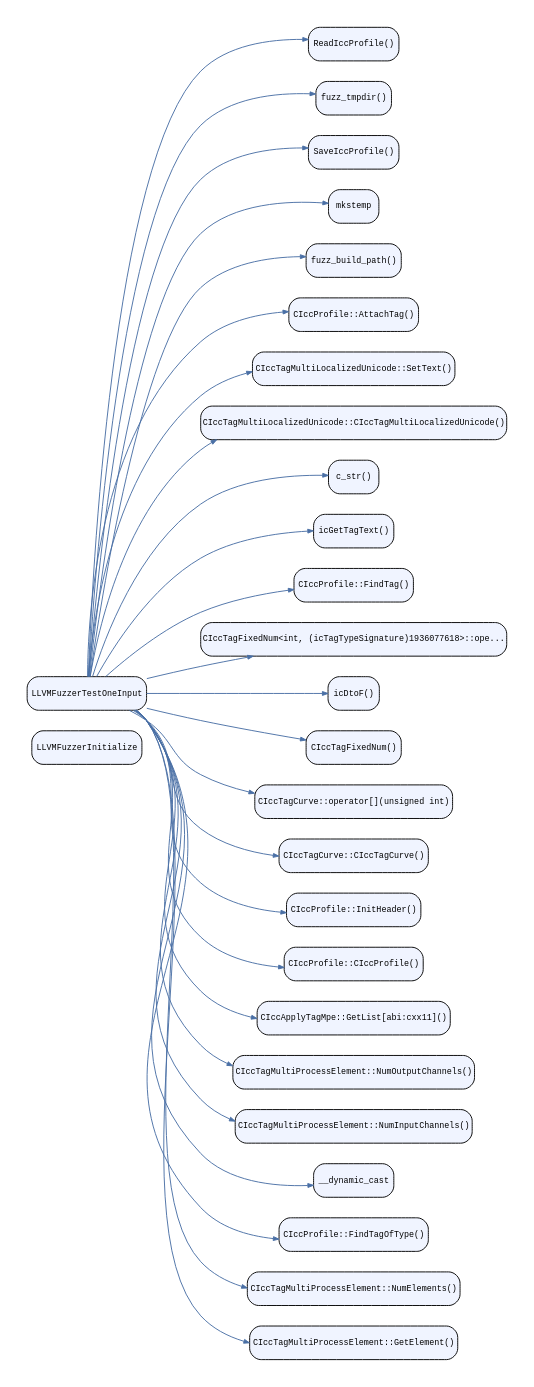
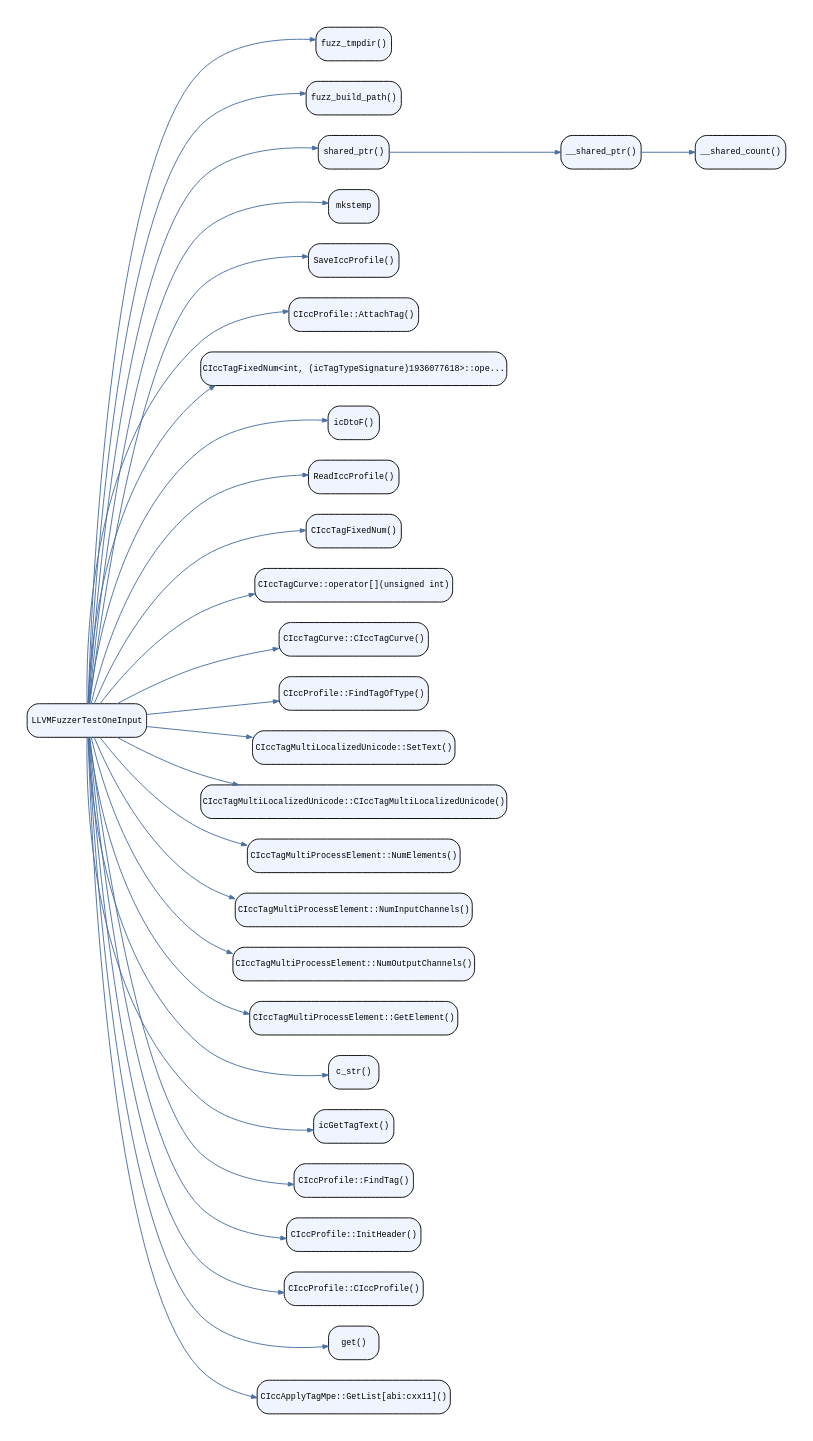
Before and after one commit to xsscx/research: the diagram in call-graph/cfl/icc_v5dspobs_fuzzer-callgraph.dot, drawn with Graphviz. The commit also changed 32 other files, not shown here.

First line of the commit message:
call-graph: regenerate all 32 targets with AST + LLVM IR

```diff
--- a/call-graph/cfl/icc_v5dspobs_fuzzer-callgraph.dot
+++ b/call-graph/cfl/icc_v5dspobs_fuzzer-callgraph.dot
@@ -1,76 +1,82 @@
-digraph "Call graph: /home/h02332/po/research/call-graph/cfl/icc_v5dspobs_fuzzer.ll" {
+digraph "Call graph: /home/xss/research/call-graph/cfl/icc_v5dspobs_fuzzer.ll" {
 	// Clean graph styling — auto-sized for browser viewing
 	graph [
 		rankdir=LR,
 		nodesep=0.3,
 		ranksep=0.8,
 		fontname="Helvetica",
 		fontsize=10,
 		bgcolor="white",
 		pad=0.3
 	];
 	node [
 		shape=box,
 		style="rounded,filled",
 		fillcolor="#f0f4ff",
 		fontname="Courier",
 		fontsize=9,
 		margin="0.08,0.04"
 	];
 	edge [
 		color="#4a6fa5",
 		arrowsize=0.6
 	];
-	Node0x60b2685b9280 [label="LLVMFuzzerInitialize"];
-	Node0x60b2685d4480 [label="LLVMFuzzerTestOneInput"];
-	Node0x60b2685d4480 -> Node0x60b26857e310;
-	Node0x60b2685d4480 -> Node0x60b268742b80;
-	Node0x60b2685d4480 -> Node0x60b2687ceb60;
-	Node0x60b2685d4480 -> Node0x60b2685fd4a0;
-	Node0x60b2685d4480 -> Node0x60b268601900;
-	Node0x60b2685d4480 -> Node0x60b2687cbf20;
-	Node0x60b2685d4480 -> Node0x60b2687cd620;
-	Node0x60b2685d4480 -> Node0x60b2687cc6a0;
-	Node0x60b2685d4480 -> Node0x60b2687cdb20;
-	Node0x60b2685d4480 -> Node0x60b2687ce020;
-	Node0x60b2685d4480 -> Node0x60b2687cc920;
-	Node0x60b2685d4480 -> Node0x60b2687ccba0;
-	Node0x60b2685d4480 -> Node0x60b2687cb2a0;
-	Node0x60b2685d4480 -> Node0x60b2687cb520;
-	Node0x60b2685d4480 -> Node0x60b2687ca8a0;
-	Node0x60b2685d4480 -> Node0x60b2687cab20;
-	Node0x60b2685d4480 -> Node0x60b2687cada0;
-	Node0x60b2685d4480 -> Node0x60b2687c7810;
-	Node0x60b2685d4480 -> Node0x60b2687c7090;
-	Node0x60b2685d4480 -> Node0x60b2687c4a80;
-	Node0x60b2685d4480 -> Node0x60b26857fc90;
-	Node0x60b2685d4480 -> Node0x60b2687c64e0;
-	Node0x60b2685d4480 -> Node0x60b26857f9b0;
-	Node0x60b2685d4480 -> Node0x60b268581c10;
-	Node0x60b2685d4480 -> Node0x60b2687c7750;
-	Node0x60b268601900 [label="fuzz_build_path()"];
-	Node0x60b2685fd4a0 [label="mkstemp"];
-	Node0x60b26857e310 [label="ReadIccProfile()"];
-	Node0x60b26857f9b0 [label="CIccProfile::FindTagOfType()"];
-	Node0x60b2687c64e0 [label="__dynamic_cast"];
-	Node0x60b268581c10 [label="CIccTagMultiProcessElement::NumElements()"];
-	Node0x60b26857fc90 [label="CIccTagMultiProcessElement::NumInputChannels()"];
-	Node0x60b2687c4a80 [label="CIccTagMultiProcessElement::NumOutputChannels()"];
-	Node0x60b2687c7750 [label="CIccTagMultiProcessElement::GetElement()"];
-	Node0x60b2687c7090 [label="CIccApplyTagMpe::GetList[abi:cxx11]()"];
-	Node0x60b268742b80 [label="fuzz_tmpdir()"];
-	Node0x60b2687c7810 [label="CIccProfile::CIccProfile()"];
-	Node0x60b2687cada0 [label="CIccProfile::InitHeader()"];
-	Node0x60b2687cab20 [label="CIccTagCurve::CIccTagCurve()"];
-	Node0x60b2687ca8a0 [label="CIccTagCurve::operator[](unsigned int)"];
-	Node0x60b2687cbf20 [label="CIccProfile::AttachTag()"];
-	Node0x60b2687cb520 [label="CIccTagFixedNum()"];
-	Node0x60b2687cb2a0 [label="icDtoF()"];
-	Node0x60b2687ccba0 [label="CIccTagFixedNum<int, (icTagTypeSignature)1936077618>::ope..."];
-	Node0x60b2687cc920 [label="CIccProfile::FindTag()"];
-	Node0x60b2687cc6a0 [label="CIccTagMultiLocalizedUnicode::CIccTagMultiLocalizedUnicode()"];
-	Node0x60b2687ce020 [label="icGetTagText()"];
-	Node0x60b2687cd620 [label="CIccTagMultiLocalizedUnicode::SetText()"];
-	Node0x60b2687cdb20 [label="c_str()"];
-	Node0x60b2687ceb60 [label="SaveIccProfile()"];
+
+	Node0x56b28deaa060 [label="LLVMFuzzerTestOneInput"];
+	Node0x56b28deaa060 -> Node0x56b28deae2a0;
+	Node0x56b28deaa060 -> Node0x56b28deaf2a0;
+	Node0x56b28deaa060 -> Node0x56b28debeec0;
+	Node0x56b28deaa060 -> Node0x56b28dea9250;
+	Node0x56b28deaa060 -> Node0x56b28debcd60;
+	Node0x56b28deaa060 -> Node0x56b28debb430;
+	Node0x56b28deaa060 -> Node0x56b28debbbb0;
+	Node0x56b28deaa060 -> Node0x56b28debc7a0;
+	Node0x56b28deaa060 -> Node0x56b28de9f760;
+	Node0x56b28deaa060 -> Node0x56b28debcb60;
+	Node0x56b28deaa060 -> Node0x56b28dd8a000;
+	Node0x56b28deaa060 -> Node0x56b28deba080;
+	Node0x56b28deaa060 -> Node0x56b28de9aec0;
+	Node0x56b28deaa060 -> Node0x56b28deba640;
+	Node0x56b28deaa060 -> Node0x56b28deb7cf0;
+	Node0x56b28deaa060 -> Node0x56b28ddb9380;
+	Node0x56b28deaa060 -> Node0x56b28dea9db0;
+	Node0x56b28deaa060 -> Node0x56b28de56330;
+	Node0x56b28deaa060 -> Node0x56b28ddbabb0;
+	Node0x56b28deaa060 -> Node0x56b28dd89c10;
+	Node0x56b28deaa060 -> Node0x56b28dd89dd0;
+	Node0x56b28deaa060 -> Node0x56b28dd886d0;
+	Node0x56b28deaa060 -> Node0x56b28dd88650;
+	Node0x56b28deaa060 -> Node0x56b28dd83460;
+	Node0x56b28deaa060 -> Node0x56b28dd82cf0;
+	Node0x56b28deaa060 -> Node0x56b28dd84b60;
+	Node0x56b28deae2a0 [label="fuzz_tmpdir()"];
+	Node0x56b28deaf2a0 [label="fuzz_build_path()"];
+	Node0x56b28dea9250 [label="mkstemp"];
+	Node0x56b28de9f760 [label="ReadIccProfile()"];
+	Node0x56b28de9aec0 [label="CIccProfile::FindTagOfType()"];
+	Node0x56b28ddb9380 [label="CIccTagMultiProcessElement::NumElements()"];
+	Node0x56b28dea9db0 [label="CIccTagMultiProcessElement::NumInputChannels()"];
+	Node0x56b28de56330 [label="CIccTagMultiProcessElement::NumOutputChannels()"];
+	Node0x56b28ddbabb0 [label="CIccTagMultiProcessElement::GetElement()"];
+	Node0x56b28dd82cf0 [label="get()"];
+	Node0x56b28dd84b60 [label="CIccApplyTagMpe::GetList[abi:cxx11]()"];
+	Node0x56b28dd83460 [label="CIccProfile::CIccProfile()"];
+	Node0x56b28dd88650 [label="CIccProfile::InitHeader()"];
+	Node0x56b28dd886d0 [label="CIccProfile::FindTag()"];
+	Node0x56b28deb7cf0 [label="CIccTagMultiLocalizedUnicode::CIccTagMultiLocalizedUnicode()"];
+	Node0x56b28dd89dd0 [label="icGetTagText()"];
+	Node0x56b28deba640 [label="CIccTagMultiLocalizedUnicode::SetText()"];
+	Node0x56b28dd89c10 [label="c_str()"];
+	Node0x56b28debb430 [label="CIccProfile::AttachTag()"];
+	Node0x56b28deba080 [label="CIccTagCurve::CIccTagCurve()"];
+	Node0x56b28dd8a000 [label="CIccTagCurve::operator[](unsigned int)"];
+	Node0x56b28debcb60 [label="CIccTagFixedNum()"];
+	Node0x56b28debc7a0 [label="icDtoF()"];
+	Node0x56b28debbbb0 [label="CIccTagFixedNum<int, (icTagTypeSignature)1936077618>::ope..."];
+	Node0x56b28debcd60 [label="SaveIccProfile()"];
+	Node0x56b28debeec0 [label="shared_ptr()"];
+	Node0x56b28debeec0 -> Node0x56b28dec4800;
+	Node0x56b28dec4800 [label="__shared_ptr()"];
+	Node0x56b28dec4800 -> Node0x56b28dec3100;
+	Node0x56b28dec3100 [label="__shared_count()"];
 }
```
